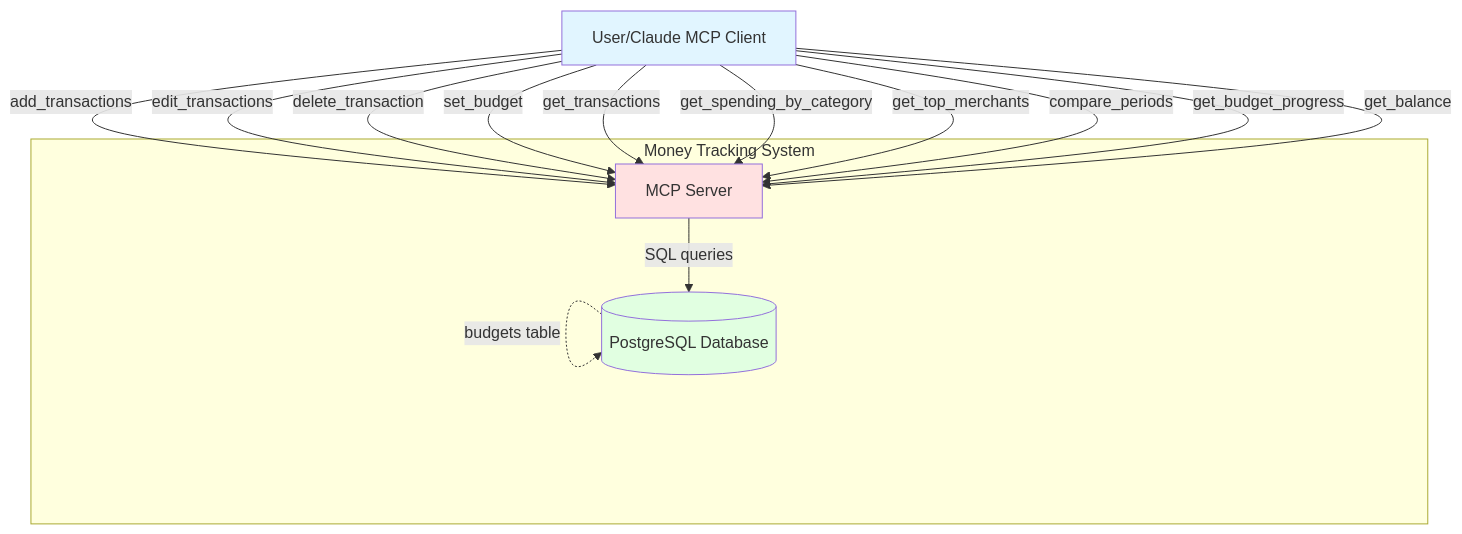
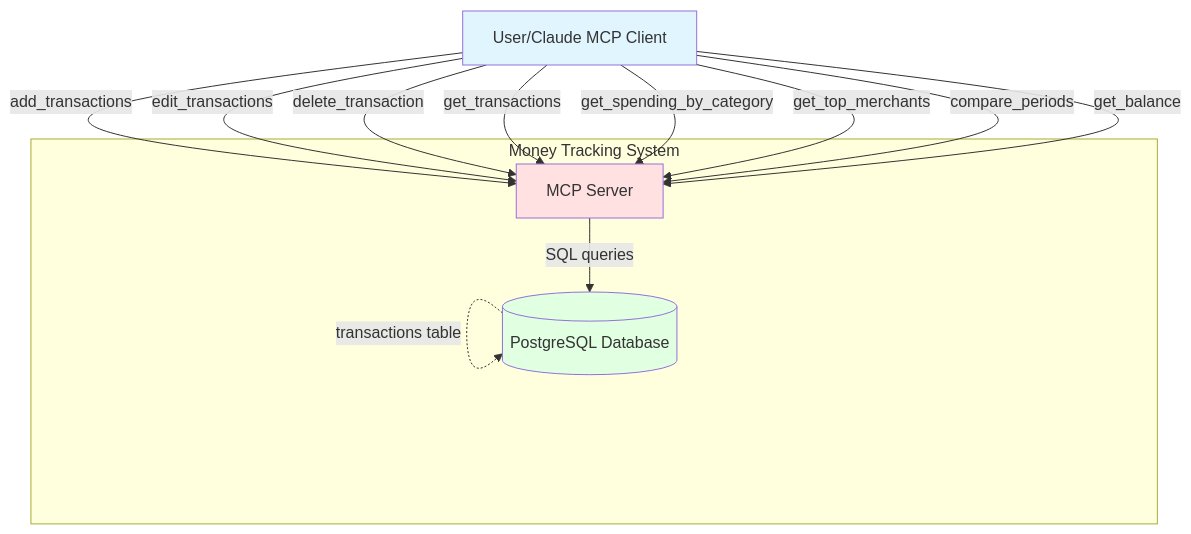
The second of 10 diagrams in docs/functions/money-spec.md (rusinikita/personal), drawn with Mermaid before and after one commit. The commit also changed other lines of this file and 5 other files, not shown here.

````diff
--- a/docs/functions/money-spec.md
+++ b/docs/functions/money-spec.md
@@ -80,29 +69,26 @@
 ```mermaid
 graph TB
     User[User/Claude MCP Client]
 
     subgraph "Money Tracking System"
         MCP[MCP Server]
         DB[(PostgreSQL Database)]
 
         MCP -->|SQL queries| DB
     end
 
     User -->|add_transactions| MCP
     User -->|edit_transactions| MCP
     User -->|delete_transaction| MCP
-    User -->|set_budget| MCP
     User -->|get_transactions| MCP
     User -->|get_spending_by_category| MCP
     User -->|get_top_merchants| MCP
     User -->|compare_periods| MCP
-    User -->|get_budget_progress| MCP
     User -->|get_balance| MCP
 
     DB -.->|transactions table| DB
-    DB -.->|budgets table| DB
 
     style User fill:#e1f5ff
     style MCP fill:#ffe1e1
     style DB fill:#e1ffe1
 ```
````
